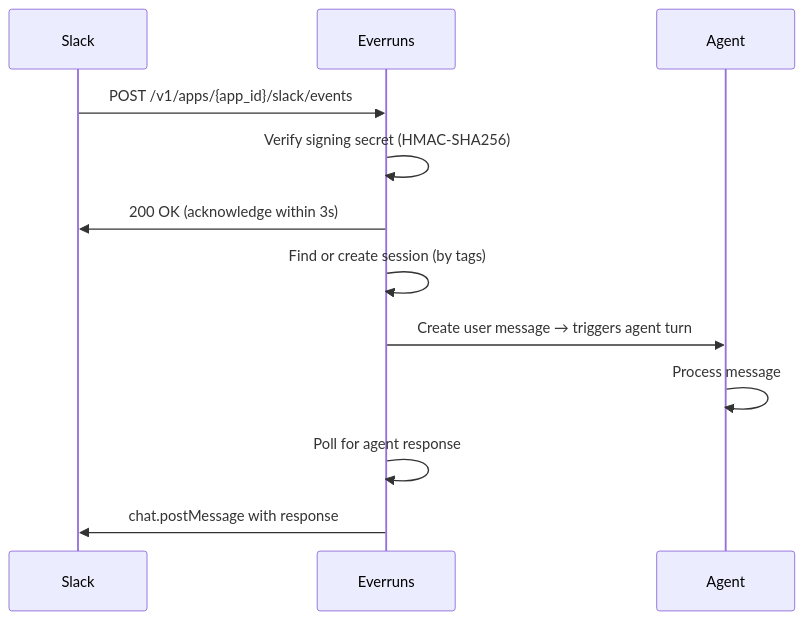
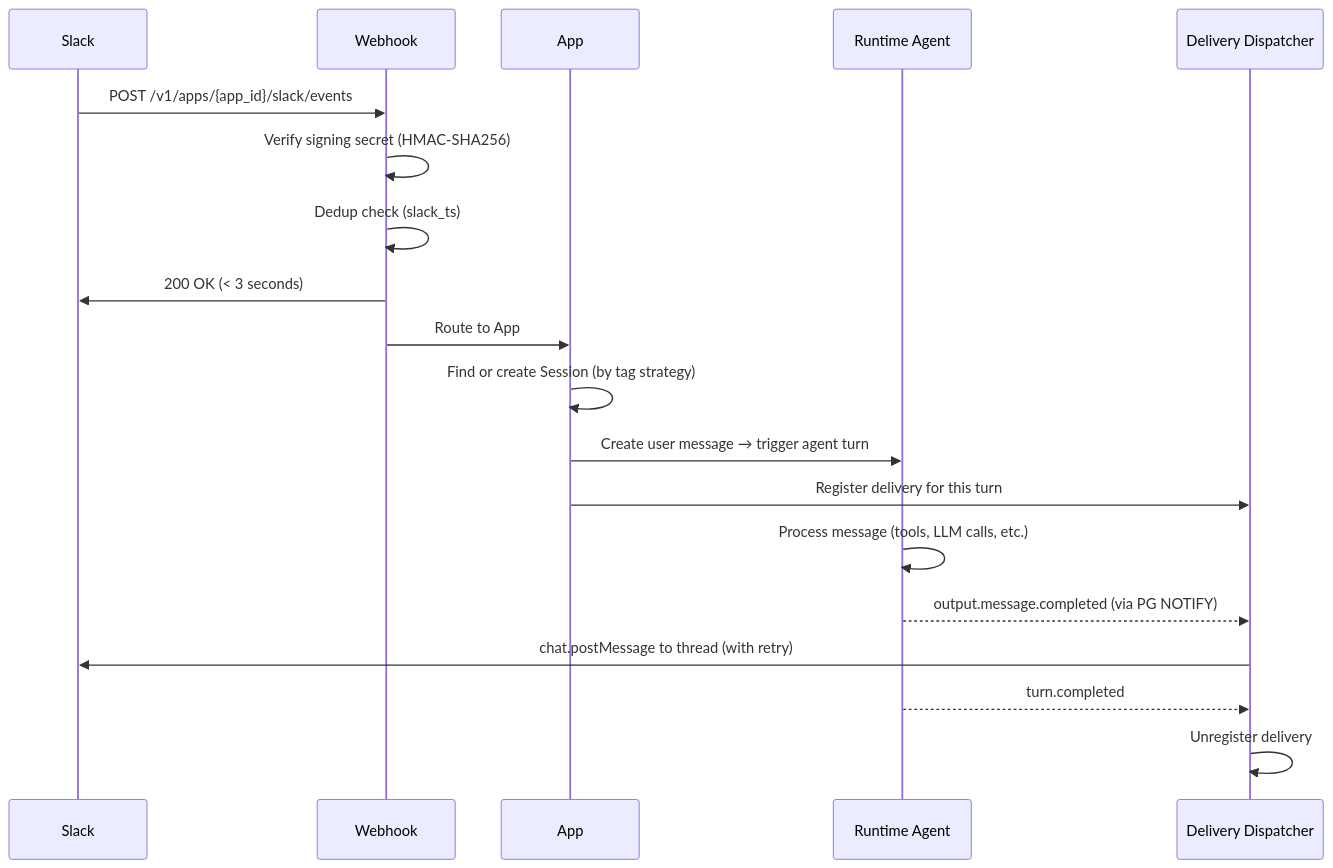
One commit to everruns/everruns changed the second of 2 diagrams in docs/integrations/slack.md. Above: the diagram before and after it, drawn with Mermaid. The commit also changed other lines of this file, not shown here.

First line of the commit message:
docs(slack): improve integration diagram with full architecture and message flow

````diff
--- a/docs/integrations/slack.md
+++ b/docs/integrations/slack.md
@@ -166,15 +196,22 @@
 ```mermaid
 sequenceDiagram
     participant S as Slack
-    participant E as Everruns
-    participant A as Agent
+    participant W as Webhook
+    participant A as App
+    participant R as Runtime Agent
+    participant D as Delivery Dispatcher
 
-    S->>E: POST /v1/apps/{app_id}/slack/events
-    E->>E: Verify signing secret (HMAC-SHA256)
-    E->>S: 200 OK (acknowledge within 3s)
-    E->>E: Find or create session (by tags)
-    E->>A: Create user message → triggers agent turn
-    A->>A: Process message
-    E->>E: Poll for agent response
-    E->>S: chat.postMessage with response
+    S->>W: POST /v1/apps/{app_id}/slack/events
+    W->>W: Verify signing secret (HMAC-SHA256)
+    W->>W: Dedup check (slack_ts)
+    W->>S: 200 OK (< 3 seconds)
+    W->>A: Route to App
+    A->>A: Find or create Session (by tag strategy)
+    A->>R: Create user message → trigger agent turn
+    A->>D: Register delivery for this turn
+    R->>R: Process message (tools, LLM calls, etc.)
+    R-->>D: output.message.completed (via PG NOTIFY)
+    D->>S: chat.postMessage to thread (with retry)
+    R-->>D: turn.completed
+    D->>D: Unregister delivery
 ```
````
